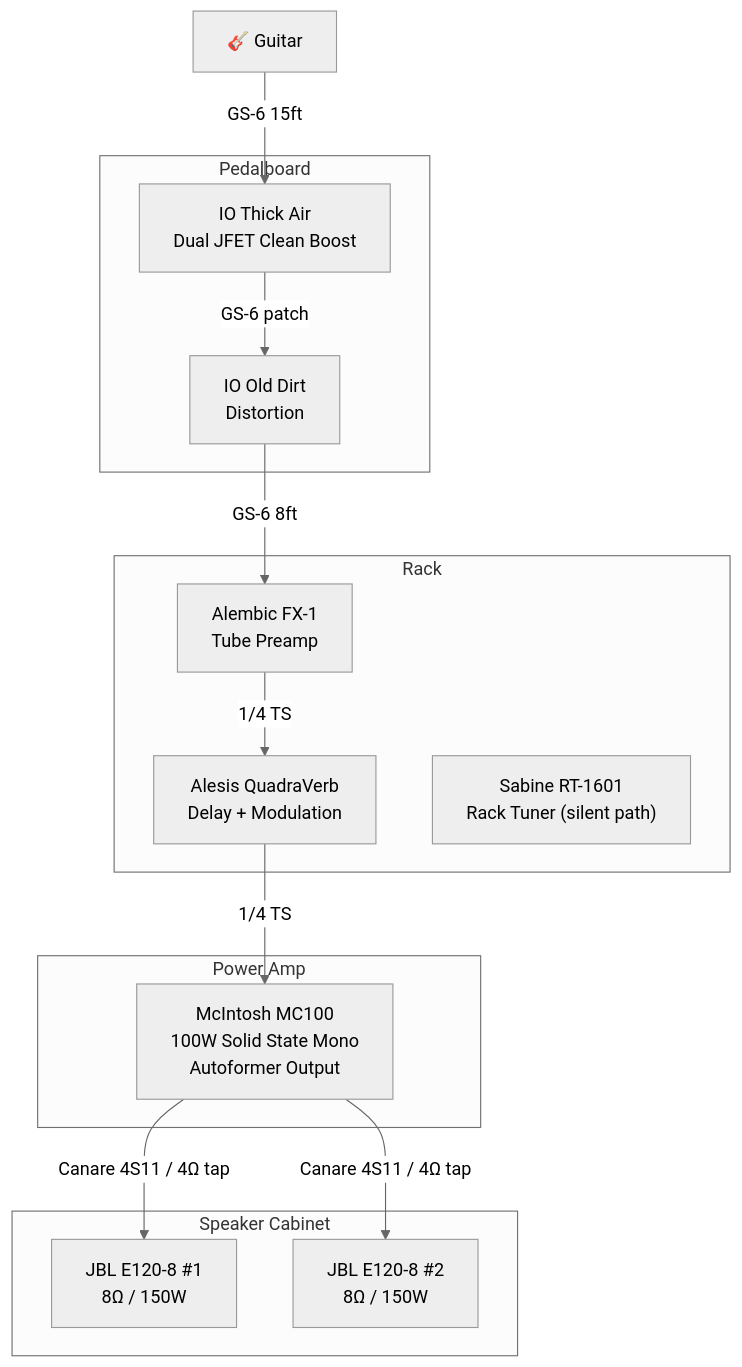
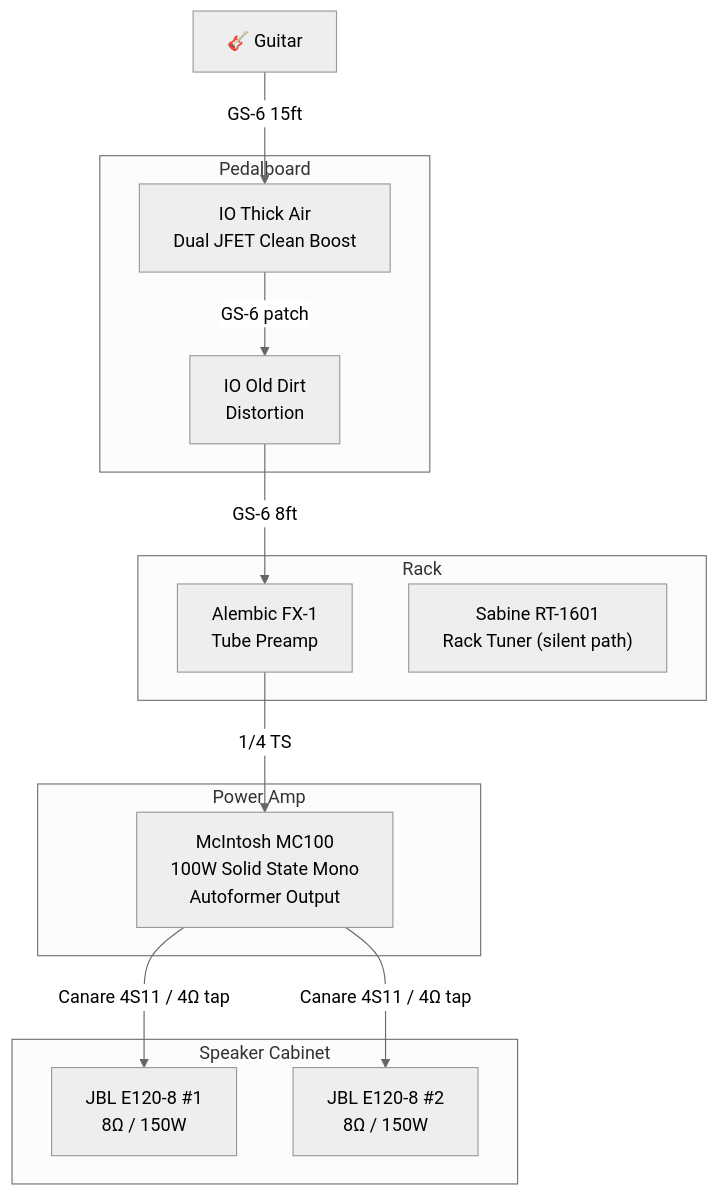
The first of 2 diagrams in chain.md (bingeboy/le-ton-juste), drawn with Mermaid (neutral theme) before and after one commit.

Commit message:
Remove QuadraVerb from current state — not in use

````diff
--- a/chain.md
+++ b/chain.md
@@ -5,32 +5,30 @@
 ```mermaid
 flowchart TD
   G["🎸 Guitar"]
 
   subgraph PEDALBOARD["Pedalboard"]
     TA["IO Thick Air<br/>Dual JFET Clean Boost"]
     DIRT["IO Old Dirt<br/>Distortion"]
   end
 
   subgraph RACK["Rack"]
     PRE["Alembic FX-1<br/>Tube Preamp"]
-    QV["Alesis QuadraVerb<br/>Delay + Modulation"]
     TUNER["Sabine RT-1601<br/>Rack Tuner (silent path)"]
   end
 
   subgraph AMP["Power Amp"]
     MC["McIntosh MC100<br/>100W Solid State Mono<br/>Autoformer Output"]
   end
 
   subgraph CABINET["Speaker Cabinet"]
     SP1["JBL E120-8 #1<br/>8Ω / 150W"]
     SP2["JBL E120-8 #2<br/>8Ω / 150W"]
   end
 
   G -->|"GS-6 15ft"| TA
   TA -->|"GS-6 patch"| DIRT
   DIRT -->|"GS-6 8ft"| PRE
-  PRE -->|"1/4 TS"| QV
-  QV -->|"1/4 TS"| MC
+  PRE -->|"1/4 TS"| MC
   MC -->|"Canare 4S11 / 4Ω tap"| SP1
   MC -->|"Canare 4S11 / 4Ω tap"| SP2
 ```
````
